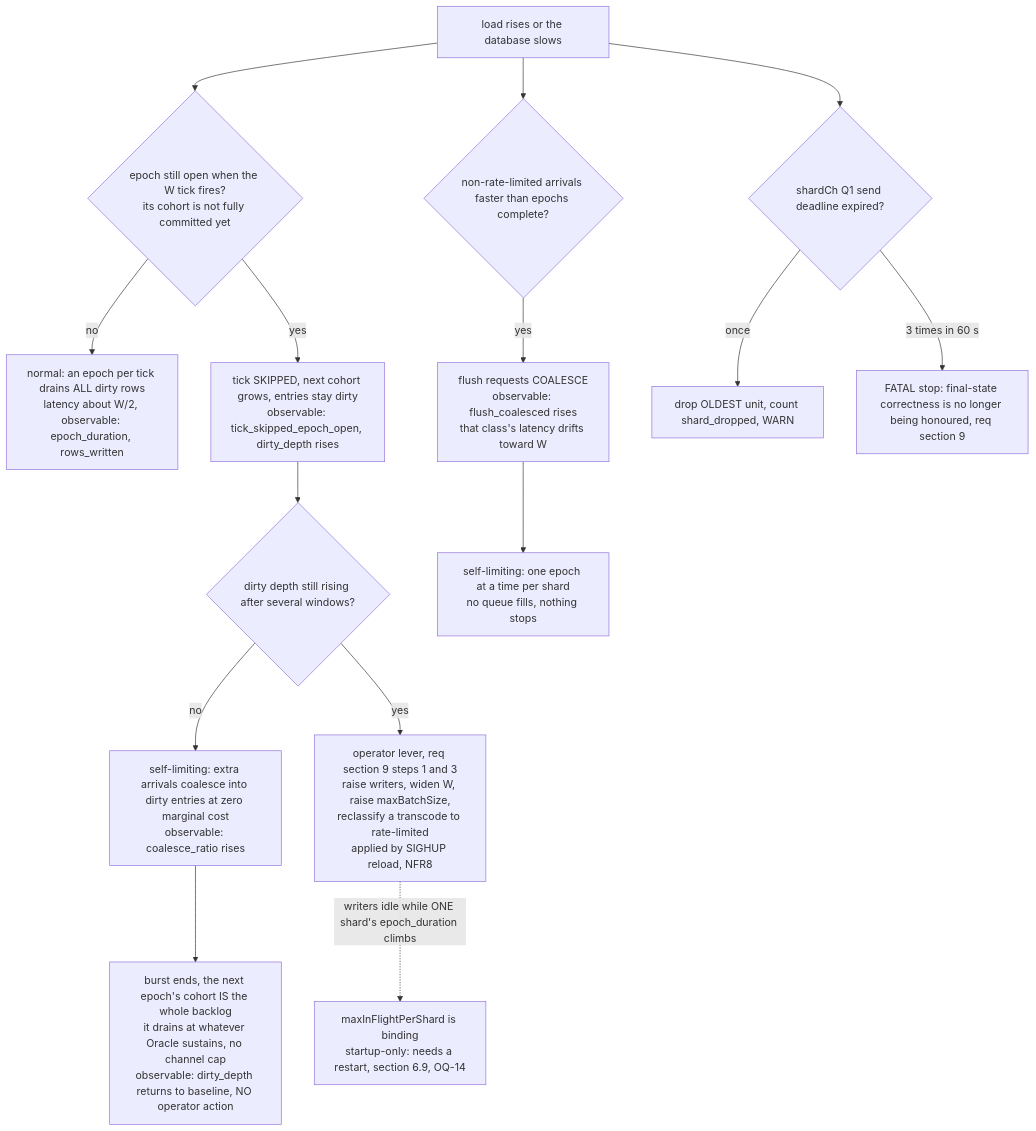
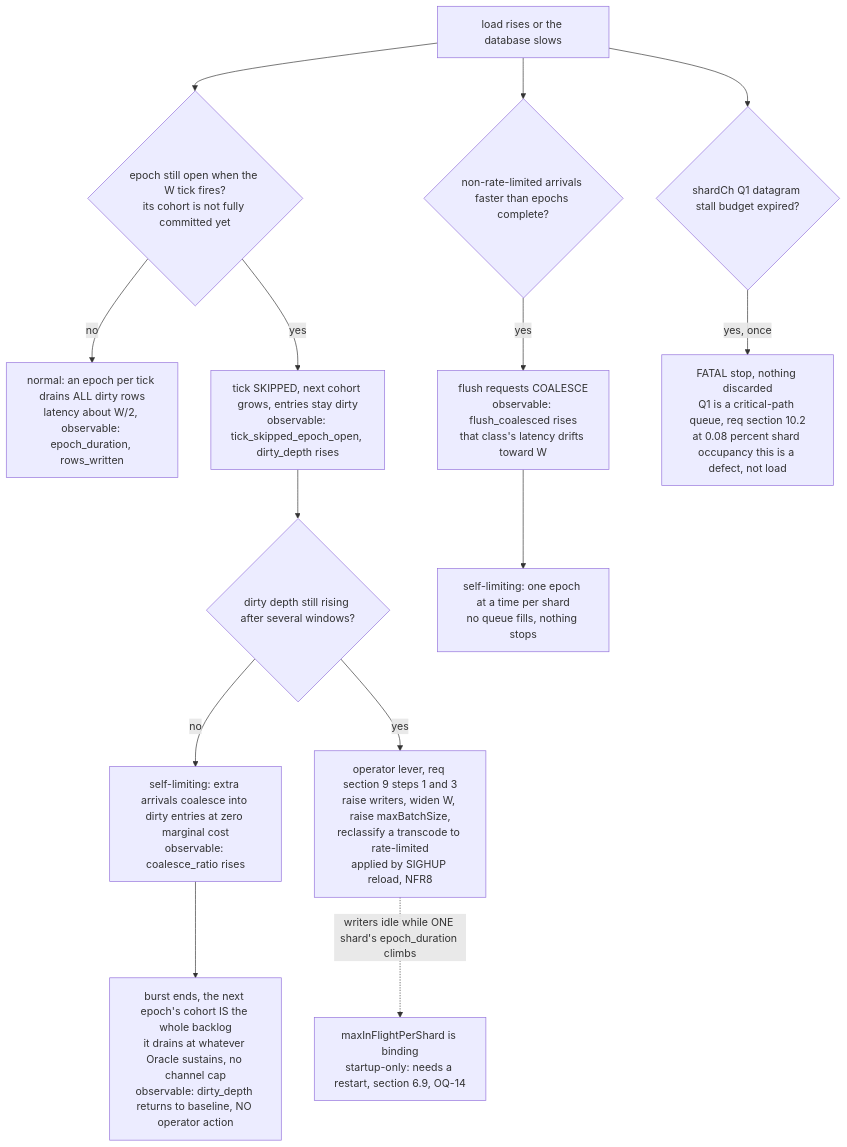
Before and after one commit to redwineyards/feedvalve: diagram 13 of 16 in docs/architecture/phase1_hld_design1.md, drawn with Mermaid. The commit also changed other lines of this file, not shown here.

First line of the commit message:
docs(hld1): fix the mirror, epoch and receive-path defects

````diff
--- a/docs/architecture/phase1_hld_design1.md
+++ b/docs/architecture/phase1_hld_design1.md
@@ -2098,17 +2293,16 @@
 ```mermaid
 flowchart TD
     A["load rises or the database slows"] --> B{"epoch still open when the W tick fires?<br/>its cohort is not fully committed yet"}
     B -->|"no"| C["normal: an epoch per tick drains ALL dirty rows<br/>latency about W/2, observable: epoch_duration, rows_written"]
     B -->|"yes"| D["tick SKIPPED, next cohort grows, entries stay dirty<br/>observable: tick_skipped_epoch_open, dirty_depth rises"]
     D --> E{"dirty depth still rising after several windows?"}
     E -->|"no"| F["self-limiting: extra arrivals coalesce into dirty entries at zero marginal cost<br/>observable: coalesce_ratio rises"]
     F --> G["burst ends, the next epoch's cohort IS the whole backlog<br/>it drains at whatever Oracle sustains, no channel cap<br/>observable: dirty_depth returns to baseline, NO operator action"]
     E -->|"yes"| H["operator lever, req section 9 steps 1 and 3<br/>raise writers, widen W, raise maxBatchSize,<br/>reclassify a transcode to rate-limited<br/>applied by SIGHUP reload, NFR8"]
     H -.->|"writers idle while ONE shard's epoch_duration climbs"| M2["maxInFlightPerShard is binding<br/>startup-only: needs a restart, section 6.9, OQ-14"]
     A --> P{"non-rate-limited arrivals faster than epochs complete?"}
     P -->|"yes"| Q["flush requests COALESCE<br/>observable: flush_coalesced rises<br/>that class's latency drifts toward W"]
     Q --> R["self-limiting: one epoch at a time per shard<br/>no queue fills, nothing stops"]
-    A --> I{"shardCh Q1 send deadline expired?"}
-    I -->|"once"| J["drop OLDEST unit, count shard_dropped, WARN"]
-    I -->|"3 times in 60 s"| K["FATAL stop: final-state correctness is no longer being honoured, req section 9"]
+    A --> I{"shardCh Q1 datagram stall budget expired?"}
+    I -->|"yes, once"| K["FATAL stop, nothing discarded<br/>Q1 is a critical-path queue, req section 10.2<br/>at 0.08 percent shard occupancy this is a defect, not load"]
 ```
````
